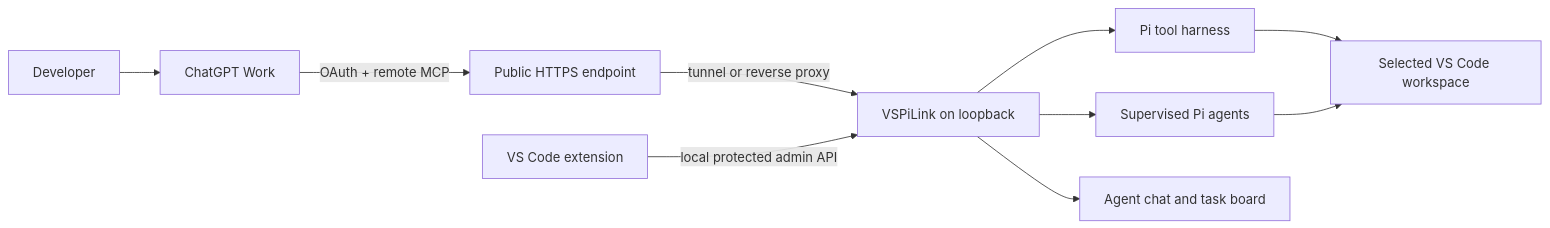
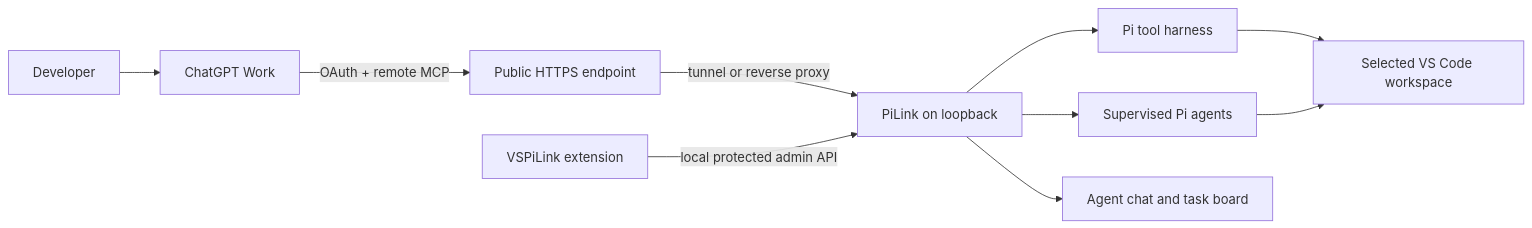
One commit to roccoangelella/PiLink changed the diagram in README.md. Above: the diagram before and after it, drawn with Mermaid. The commit also changed other lines of this file and 86 other files, not shown here.

````diff
--- a/README.md
+++ b/README.md
@@ -41,12 +38,12 @@
 ```mermaid
 flowchart LR
     User[Developer] --> Work[ChatGPT Work]
     Work -->|OAuth + remote MCP| Public[Public HTTPS endpoint]
-    Public -->|tunnel or reverse proxy| Core[VSPiLink on loopback]
+    Public -->|tunnel or reverse proxy| Core[PiLink on loopback]
     Core --> Harness[Pi tool harness]
     Core --> Agents[Supervised Pi agents]
     Core --> Collab[Agent chat and task board]
     Harness --> Workspace[Selected VS Code workspace]
     Agents --> Workspace
-    VSCode[VS Code extension] -->|local protected admin API| Core
+    VSCode[VSPiLink extension] -->|local protected admin API| Core
 ```
````
